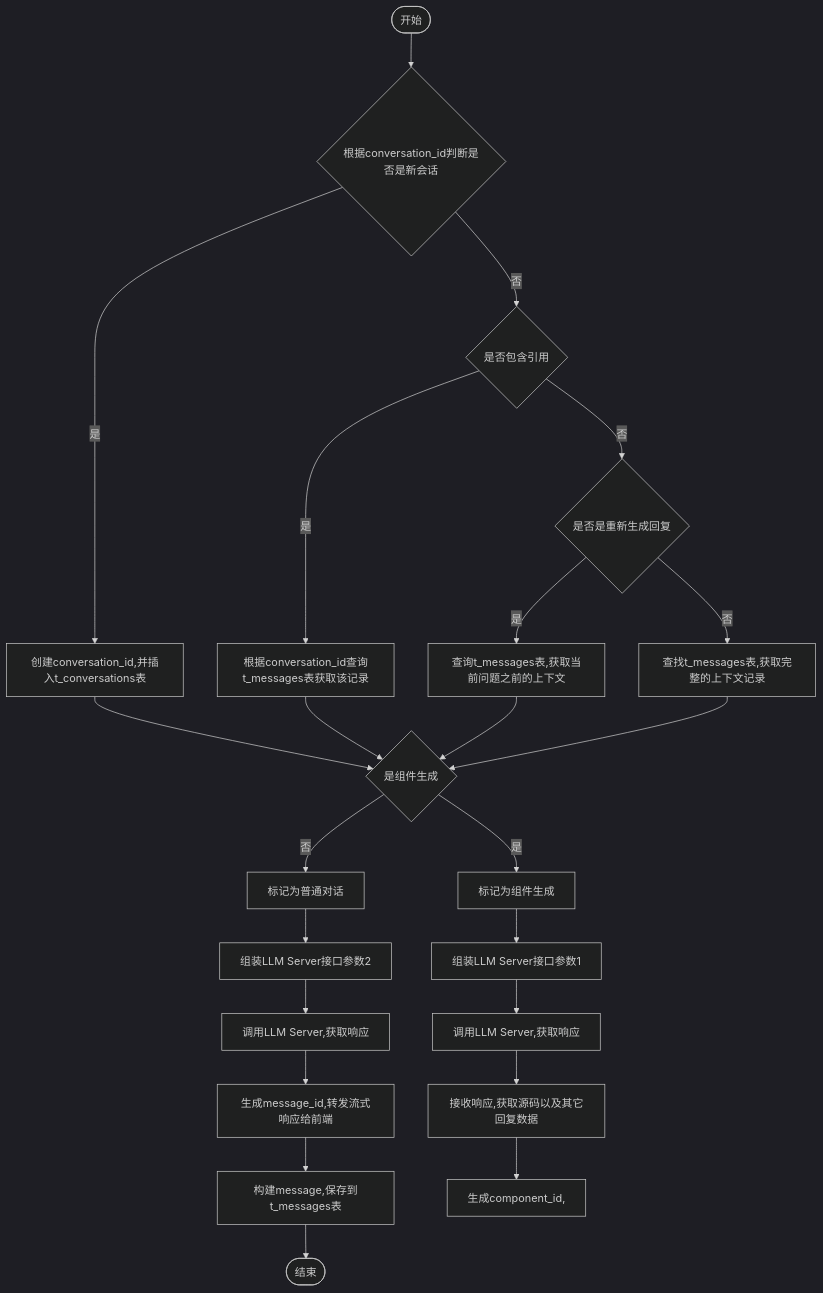
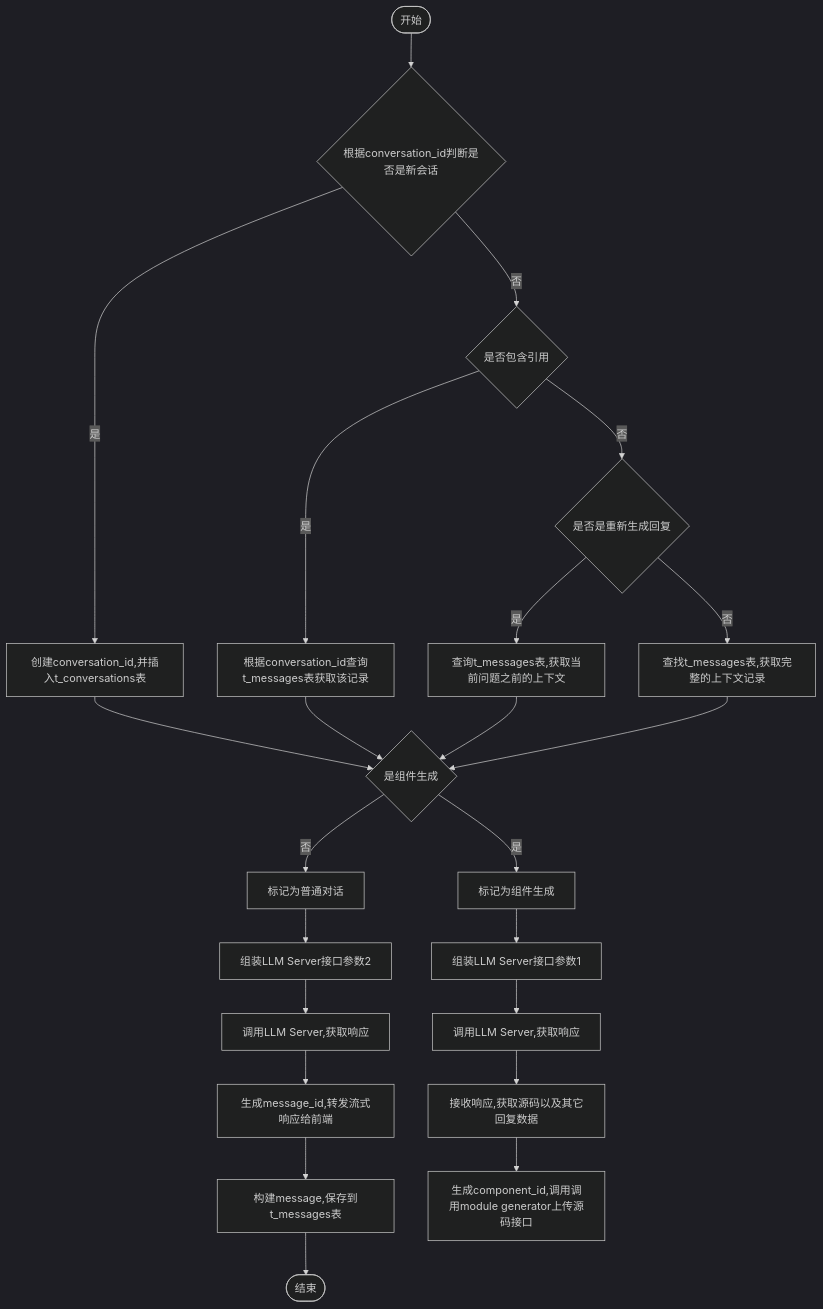
One commit to yingjianzh/iodraw-files changed the diagram in all/未命名-7.md. Above: the diagram before and after it, drawn with Mermaid (dark theme).

Commit message:
2024-10-12 14:35:51 update

````diff
--- a/all/未命名-7.md
+++ b/all/未命名-7.md
@@ -1,28 +1,28 @@
 ```mermaid
 flowchart TD
     A([开始]) --> B{根据conversation_id判断是否是新会话}
     B -- 是 --> C[创建conversation_id,并插入t_conversations表]
     B -- 否 --> D{是否包含引用}
     D -- 是 --> E[根据conversation_id查询t_messages表获取该记录]
     D -- 否 --> F{是否是重新生成回复}
     F -- 是 --> G[查询t_messages表,获取当前问题之前的上下文]
     F -- 否 --> H[查找t_messages表,获取完整的上下文记录]
      
     C & E & G & H --> I{是组件生成}
     I -- 是 --> J[标记为组件生成]
     I -- 否 --> K[标记为普通对话]
 
     J --> L[组装LLM Server接口参数1]    
     K --> M[组装LLM Server接口参数2]    
     M --> N[调用LLM Server,获取响应]    
     N --> O[生成message_id,转发流式响应给前端]
     O --> P[构建message,保存到t_messages表]
     P --> R([结束])
 
 
     L --> S[调用LLM Server,获取响应]
     S --> T[接收响应,获取源码以及其它回复数据]
-    T --> U[生成component_id,]
+    T --> U[生成component_id,调用调用module generator上传源码接口]
 
 
 ```
````
